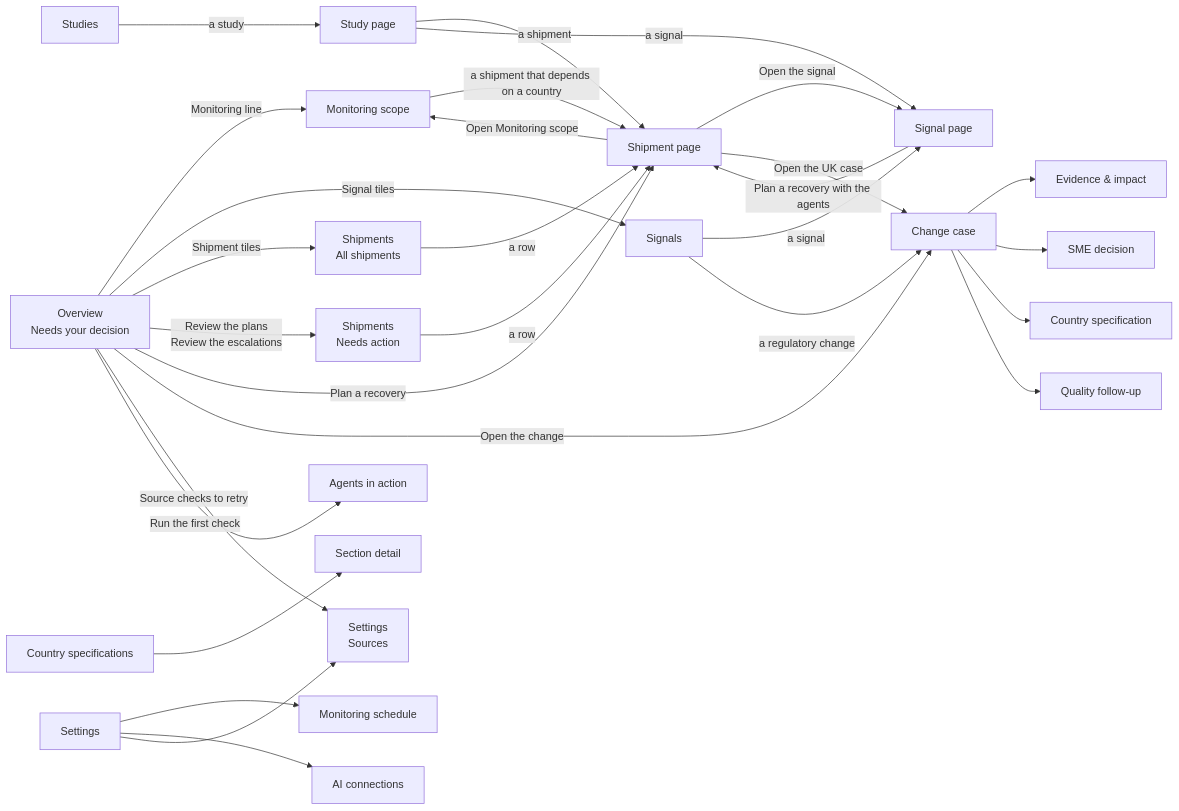
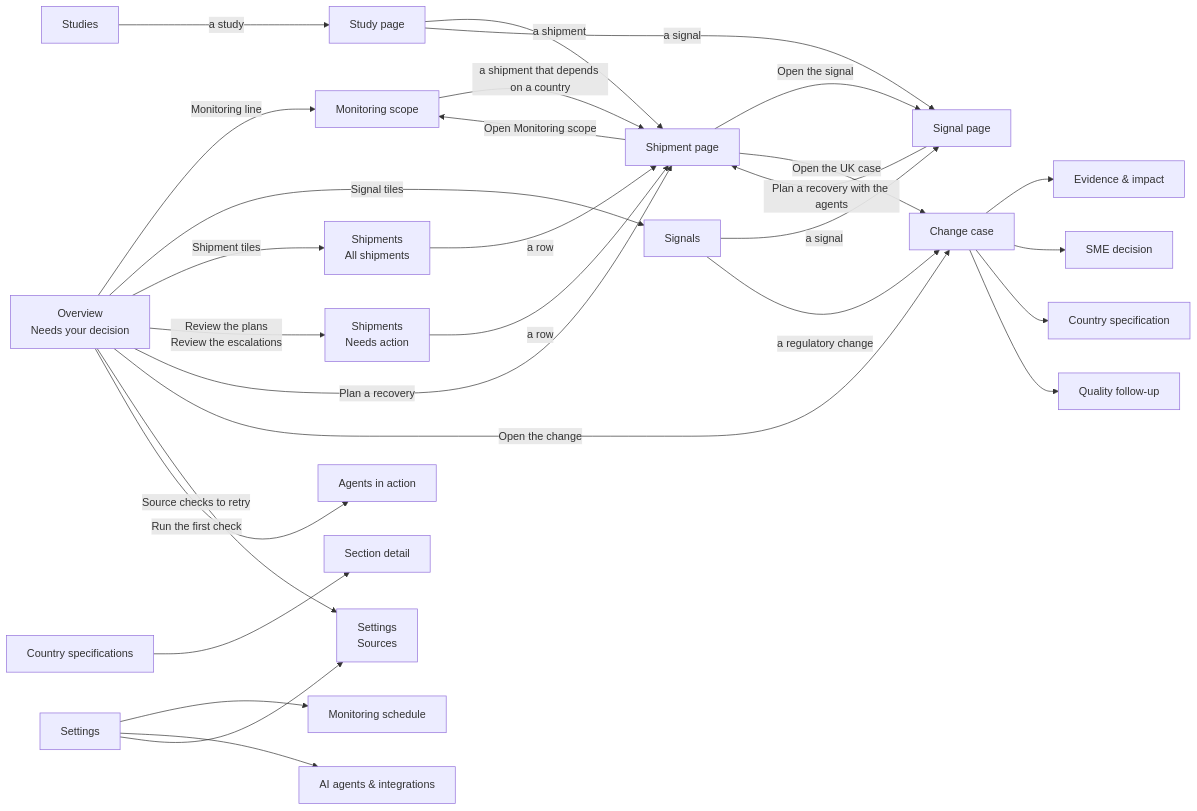
One commit to Gpanaritis/ClinRadar changed the first of 7 diagrams in RegChain-AI-User-Journeys.md. Above: the diagram before and after it, drawn with Mermaid. The commit also changed other lines of this file and 7 other files, not shown here.

````diff
--- a/RegChain-AI-User-Journeys.md
+++ b/RegChain-AI-User-Journeys.md
@@ -20,31 +20,31 @@
 ```mermaid
 flowchart LR
   OV[Overview<br/>Needs your decision] -->|Monitoring line| SCOPE[Monitoring scope]
   OV -->|Signal tiles| SG[Signals]
   OV -->|Shipment tiles| ALL[Shipments<br/>All shipments]
   OV -->|Review the plans<br/>Review the escalations| Q[Shipments<br/>Needs action]
   OV -->|Plan a recovery| PLAN[Shipment page]
   OV -->|Open the change| CASE[Change case]
   OV -->|Source checks to retry| SRC[Settings<br/>Sources]
   OV -->|Run the first check| TEAM[Agents in action]
   STL[Studies] -->|a study| STP[Study page]
   STP -->|a shipment| PLAN
   STP -->|a signal| SIG
   SG -->|a signal| SIG[Signal page]
   SG -->|a regulatory change| CASE
   SIG -->|Plan a recovery with the agents| PLAN
   Q -->|a row| PLAN
   ALL -->|a row| PLAN
   PLAN -->|Open the signal| SIG
   PLAN -->|Open Monitoring scope| SCOPE
   PLAN -->|Open the UK case| CASE
   SCOPE -->|a shipment that depends on a country| PLAN
   CASE --> T1[Evidence & impact]
   CASE --> T2[SME decision]
   CASE --> T3[Country specification]
   CASE --> T4[Quality follow-up]
   CS[Country specifications] --> SEC[Section detail]
   SET[Settings] --> MS[Monitoring schedule]
-  SET --> AIC[AI connections]
+  SET --> AIC["AI agents & integrations"]
   SET --> SRC
 ```
````
